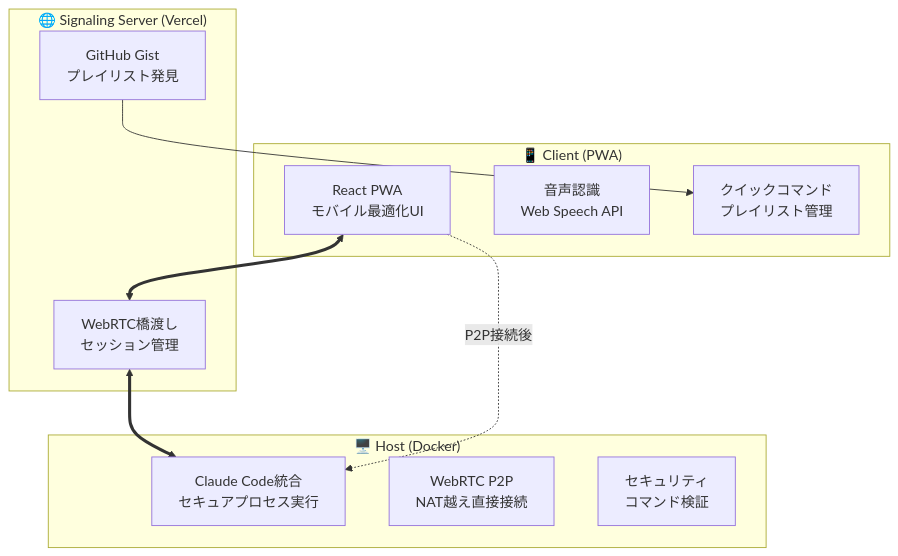
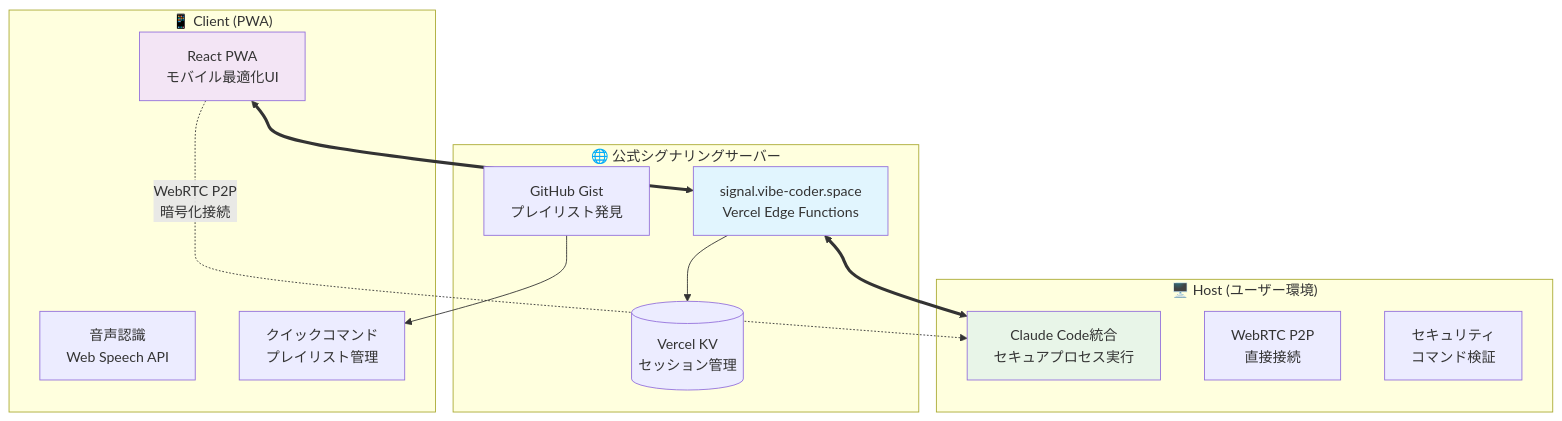
One commit to jl1nie/vibe-coder changed the diagram in README.md. Above: the diagram before and after it, drawn with Mermaid. The commit also changed other lines of this file and 2 other files, not shown here.

First line of the commit message:
Clarify signaling server architecture and user expectations

````diff
--- a/README.md
+++ b/README.md
@@ -24,24 +24,30 @@
 ```mermaid
 graph TB
     subgraph "📱 Client (PWA)"
         PWA[React PWA<br/>モバイル最適化UI]
         Voice[音声認識<br/>Web Speech API]
         Commands[クイックコマンド<br/>プレイリスト管理]
     end
     
-    subgraph "🌐 Signaling Server (Vercel)"
-        Signal[WebRTC橋渡し<br/>セッション管理]
+    subgraph "🌐 公式シグナリングサーバー"
+        SignalOfficial[signal.vibe-coder.space<br/>Vercel Edge Functions]
         Gist[GitHub Gist<br/>プレイリスト発見]
+        KV[(Vercel KV<br/>セッション管理)]
     end
     
-    subgraph "🖥️ Host (Docker)"
+    subgraph "🖥️ Host (ユーザー環境)"
         Claude[Claude Code統合<br/>セキュアプロセス実行]
-        WebRTC[WebRTC P2P<br/>NAT越え直接接続]
+        WebRTC[WebRTC P2P<br/>直接接続]
         Security[セキュリティ<br/>コマンド検証]
     end
     
-    PWA <==> Signal
-    Signal <==> Claude
-    PWA -.->|P2P接続後| Claude
+    PWA <==> SignalOfficial
+    SignalOfficial <==> Claude
+    PWA -.->|WebRTC P2P<br/>暗号化接続| Claude
+    SignalOfficial --> KV
     Gist --> Commands
+    
+    style SignalOfficial fill:#e1f5fe
+    style PWA fill:#f3e5f5
+    style Claude fill:#e8f5e8
 ```
````
